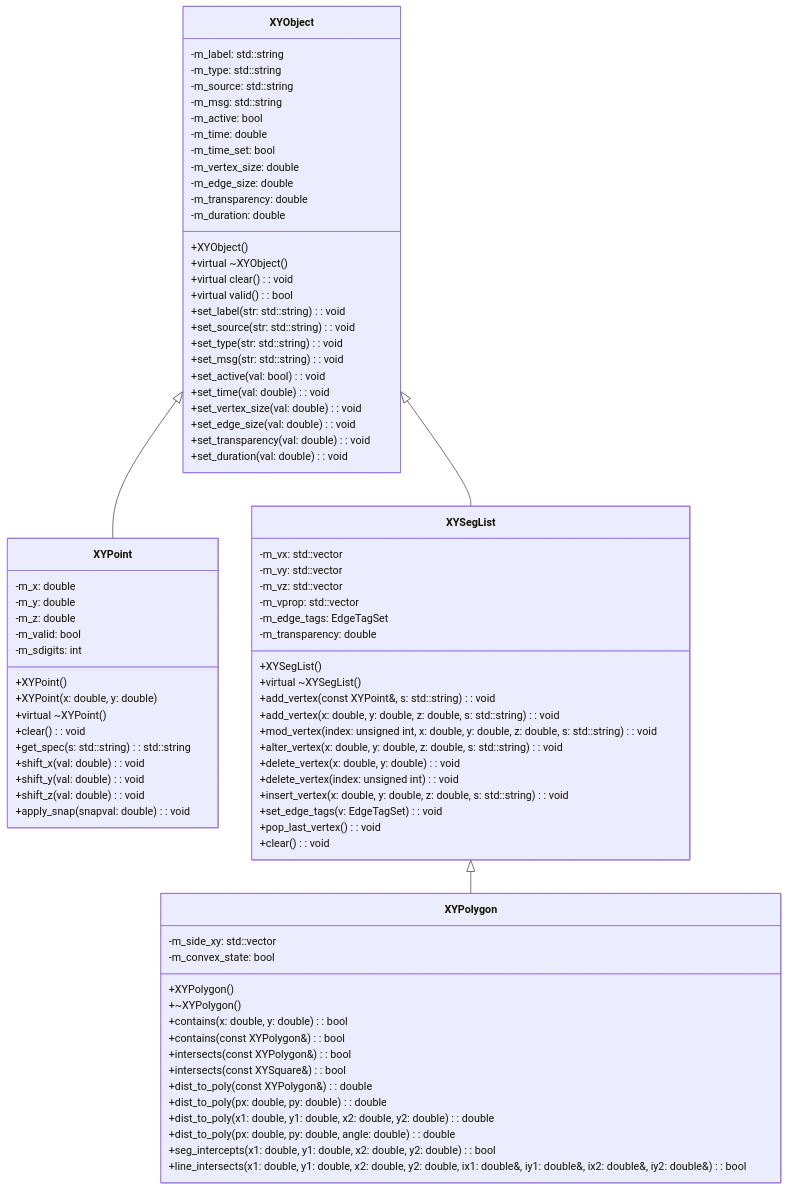
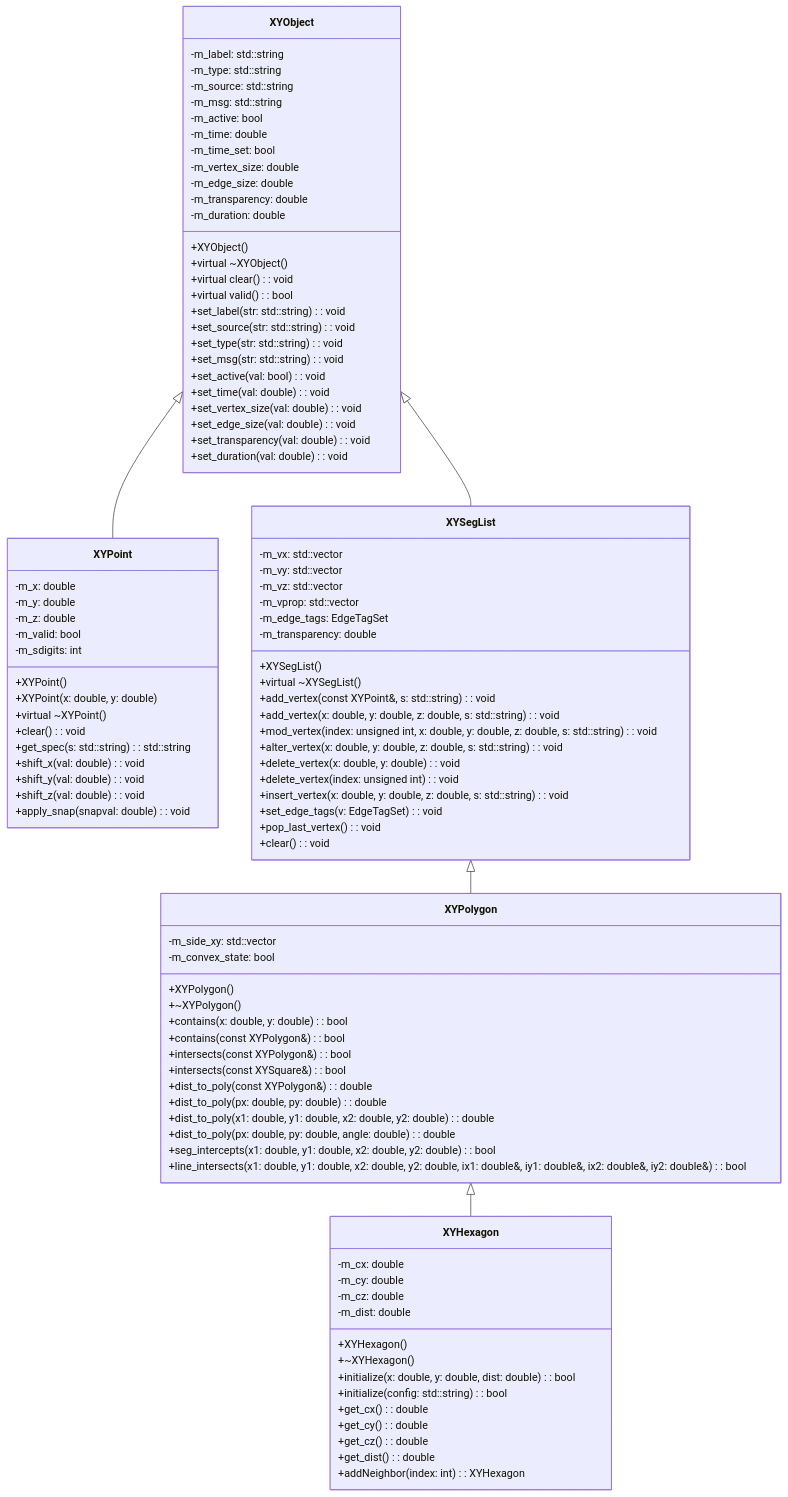
Before and after one commit to ARG-NCTU/oop-python-nycu: the third of 3 diagrams in docs/oop_lec9_class_diagrams/team_ta_pyivp.md, drawn with Mermaid.

Commit message:
Update team_ta_pyivp.md add XYHexagon

````diff
--- a/docs/oop_lec9_class_diagrams/team_ta_pyivp.md
+++ b/docs/oop_lec9_class_diagrams/team_ta_pyivp.md
@@ -125,8 +125,24 @@
         -m_convex_state: bool
     }
 
+    class XYHexagon {
+        +XYHexagon()
+        +~XYHexagon()
+        +initialize(x: double, y: double, dist: double): bool
+        +initialize(config: std::string): bool
+        +get_cx(): double
+        +get_cy(): double
+        +get_cz(): double
+        +get_dist(): double
+        +addNeighbor(index: int): XYHexagon
+        -m_cx: double
+        -m_cy: double
+        -m_cz: double
+        -m_dist: double
+    }
+
     XYObject <|-- XYPoint
     XYObject <|-- XYSegList
     XYSegList <|-- XYPolygon
-
+    XYPolygon <|-- XYHexagon
 ```
````
